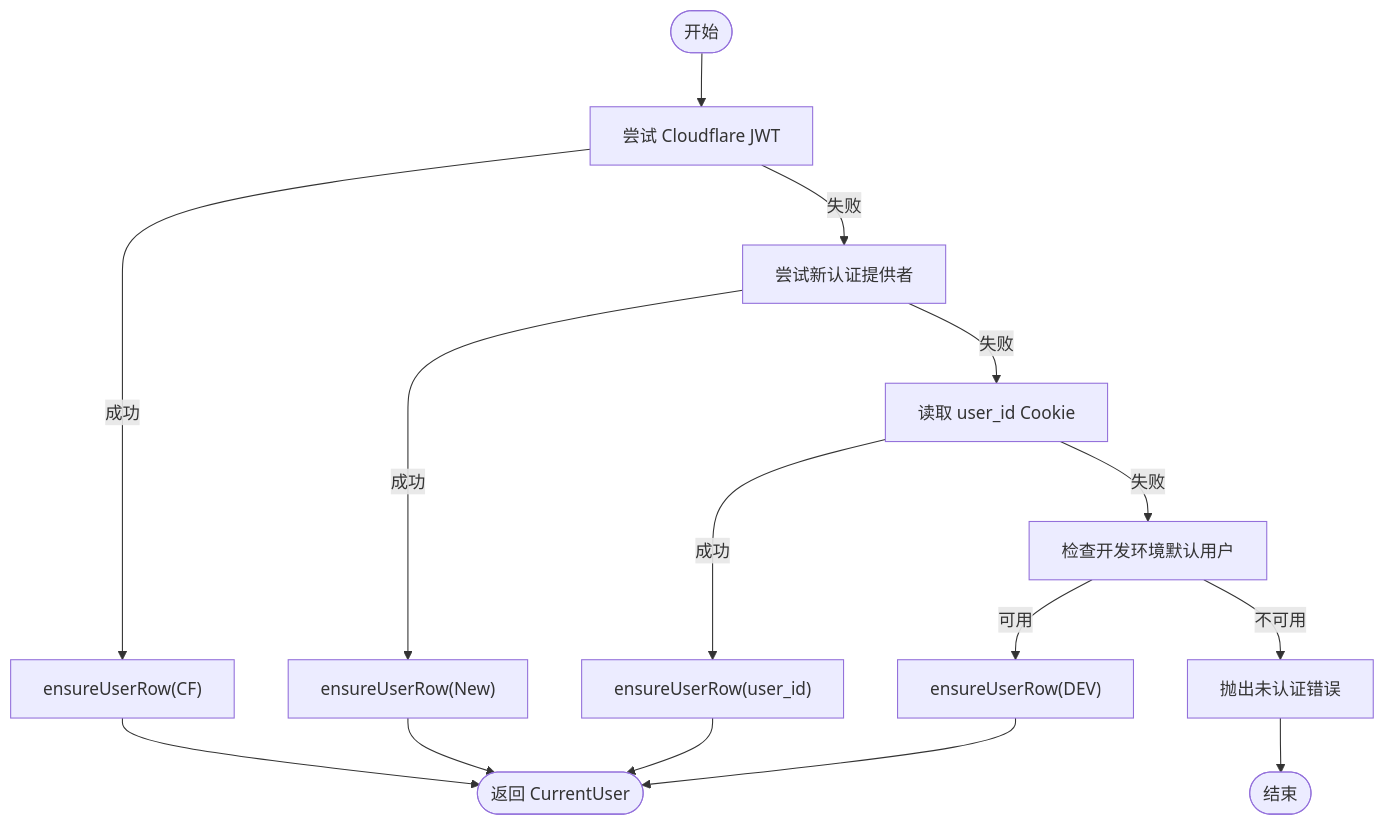
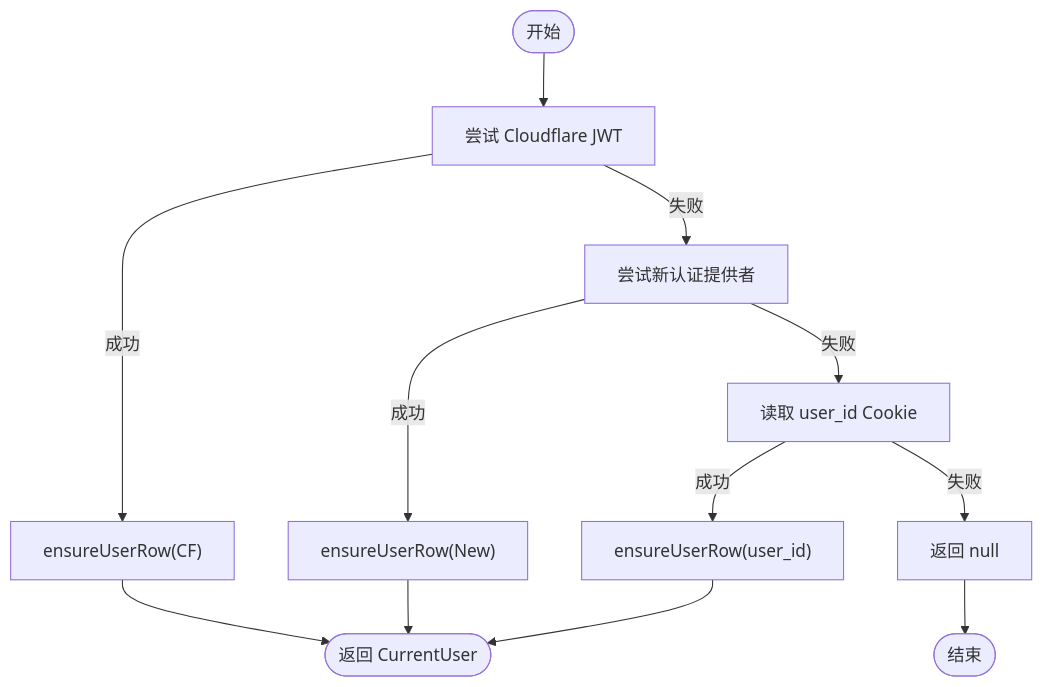
Before and after one commit to pnnh/weable: the eighth of 8 diagrams in .qoder/repowiki/zh/content/架构设计/认证架构设计/多源认证机制.md, drawn with Mermaid. The commit also changed other lines of this file and 161 other files, not shown here.

````diff
--- a/.qoder/repowiki/zh/content/架构设计/认证架构设计/多源认证机制.md
+++ b/.qoder/repowiki/zh/content/架构设计/认证架构设计/多源认证机制.md
@@ -311,17 +352,14 @@
 ```mermaid
 flowchart TD
 Start(["开始"]) --> TryCF["尝试 Cloudflare JWT"]
 TryCF --> |成功| EnsureCF["ensureUserRow(CF)"]
 TryCF --> |失败| TryNew["尝试新认证提供者"]
 TryNew --> |成功| EnsureNew["ensureUserRow(New)"]
 TryNew --> |失败| TryCookie["读取 user_id Cookie"]
 TryCookie --> |成功| EnsureCookie["ensureUserRow(user_id)"]
-TryCookie --> |失败| DevCheck["检查开发环境默认用户"]
-DevCheck --> |可用| EnsureDev["ensureUserRow(DEV)"]
-DevCheck --> |不可用| Error["抛出未认证错误"]
+TryCookie --> |失败| ReturnNull["返回 null"]
 EnsureCF --> Done(["返回 CurrentUser"])
 EnsureNew --> Done
 EnsureCookie --> Done
-EnsureDev --> Done
-Error --> End(["结束"])
+ReturnNull --> End(["结束"])
 ```
````
